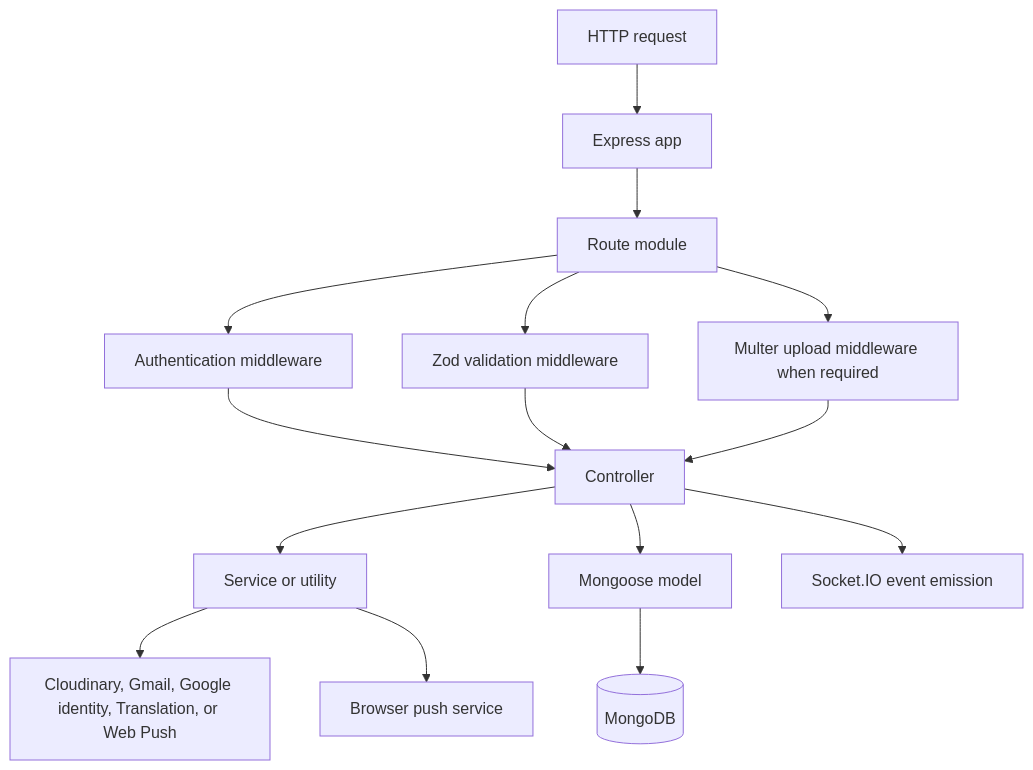
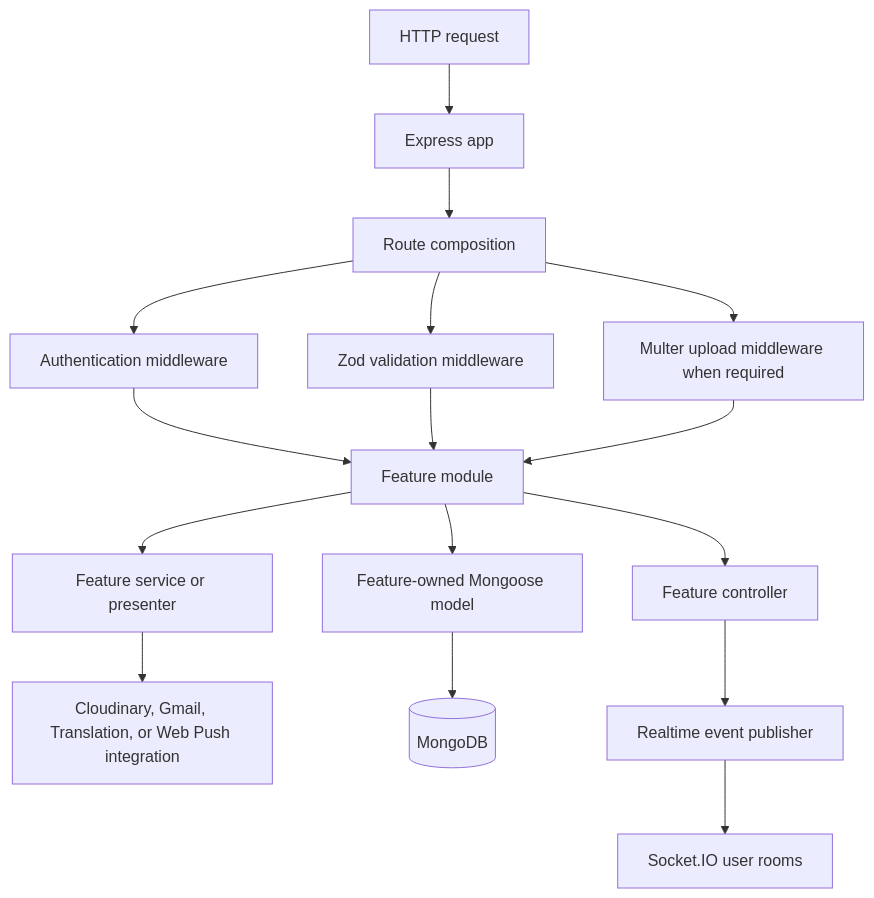
One commit to Saurav11343/click-chat changed the third of 7 diagrams in docs/02-system-architecture.md. Above: the diagram before and after it, drawn with Mermaid. The commit also changed other lines of this file and 183 other files, not shown here.

````diff
--- a/docs/02-system-architecture.md
+++ b/docs/02-system-architecture.md
@@ -86,17 +86,18 @@
 ```mermaid
 flowchart TD
     REQ["HTTP request"] --> APP["Express app"]
-    APP --> ROUTE["Route module"]
+    APP --> ROUTE["Route composition"]
     ROUTE --> AUTH["Authentication middleware"]
     ROUTE --> VAL["Zod validation middleware"]
     ROUTE --> UP["Multer upload middleware when required"]
-    AUTH --> CTRL["Controller"]
-    VAL --> CTRL
-    UP --> CTRL
-    CTRL --> SERVICE["Service or utility"]
-    CTRL --> MODEL["Mongoose model"]
-    SERVICE --> EXT["Cloudinary, Gmail, Google identity, Translation, or Web Push"]
-    SERVICE --> PUSH["Browser push service"]
+    AUTH --> FEATURE["Feature module"]
+    VAL --> FEATURE
+    UP --> FEATURE
+    FEATURE --> CTRL["Feature controller"]
+    FEATURE --> SERVICE["Feature service or presenter"]
+    FEATURE --> MODEL["Feature-owned Mongoose model"]
+    SERVICE --> EXT["Cloudinary, Gmail, Translation, or Web Push integration"]
     MODEL --> DB[("MongoDB")]
-    CTRL --> SOCKET["Socket.IO event emission"]
+    CTRL --> PUB["Realtime event publisher"]
+    PUB --> SOCKET["Socket.IO user rooms"]
 ```
````
